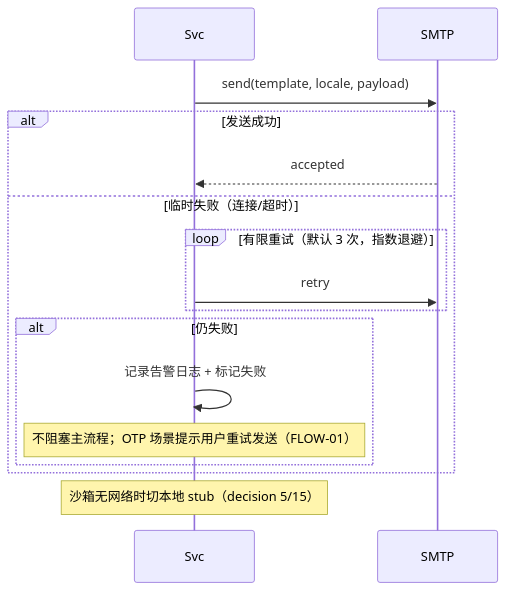
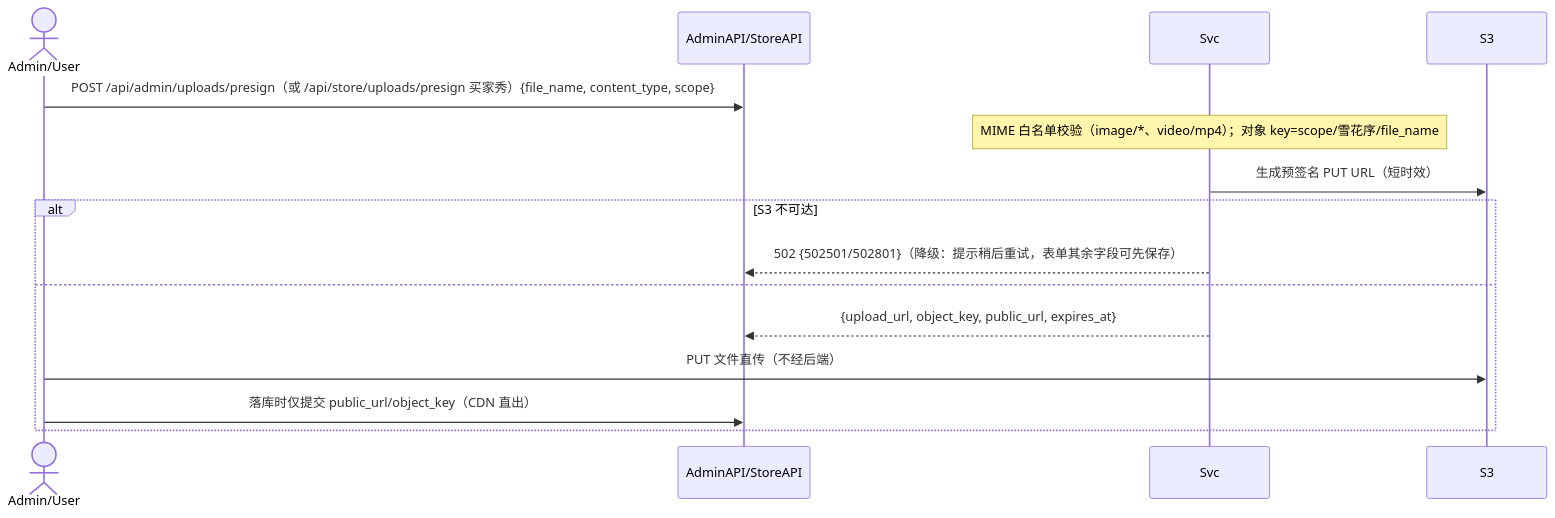
Diagram 17 of 20 in hhspec/specs/architecture/data-flow.md (hptec/dreamy), drawn with Mermaid before and after one commit. The commit also changed other lines of this file and 180 other files, not shown here.

````diff
--- a/hhspec/specs/architecture/data-flow.md
+++ b/hhspec/specs/architecture/data-flow.md
@@ -503,19 +610,18 @@
 ```mermaid
 sequenceDiagram
+    actor Client as Admin/User
+    participant API as AdminAPI/StoreAPI
     participant Svc
-    participant SMTP
+    participant S3
 
-    Svc->>SMTP: send(template, locale, payload)
-    alt 发送成功
-        SMTP-->>Svc: accepted
-    else 临时失败（连接/超时）
-        loop 有限重试（默认 3 次，指数退避）
-            Svc->>SMTP: retry
-        end
-        alt 仍失败
-            Svc->>Svc: 记录告警日志 + 标记失败
-            Note over Svc: 不阻塞主流程；OTP 场景提示用户重试发送（FLOW-01）
-        end
+    Client->>API: POST /api/admin/uploads/presign（或 /api/store/uploads/presign 买家秀）{file_name, content_type, scope}
+    Note over Svc: MIME 白名单校验（image/*、video/mp4）；对象 key=scope/雪花序/file_name
+    Svc->>S3: 生成预签名 PUT URL（短时效）
+    alt S3 不可达
+        Svc-->>API: 502 {502501/502801}（降级：提示稍后重试，表单其余字段可先保存）
+    else
+        Svc-->>API: {upload_url, object_key, public_url, expires_at}
+        Client->>S3: PUT 文件直传（不经后端）
+        Client->>API: 落库时仅提交 public_url/object_key（CDN 直出）
     end
-    Note over Svc: 沙箱无网络时切本地 stub（decision 5/15）
 ```
````
